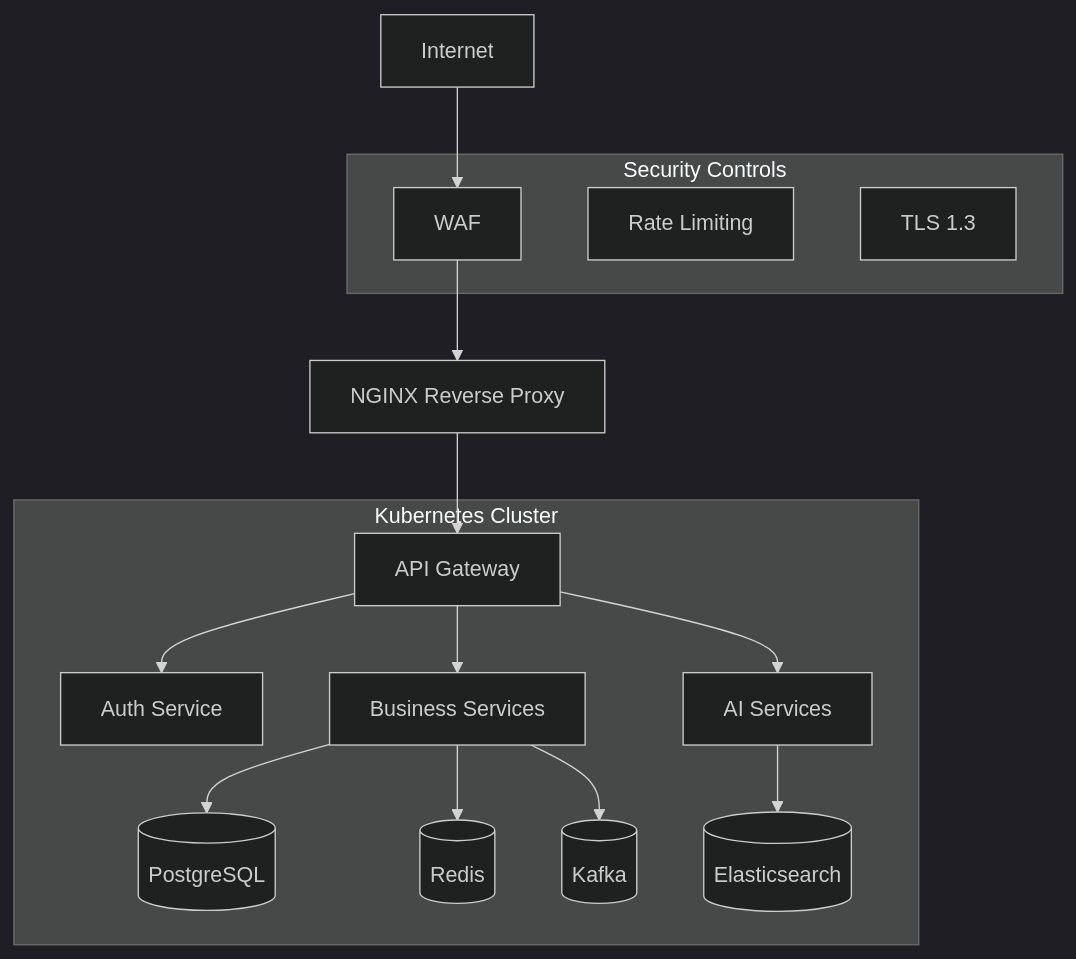
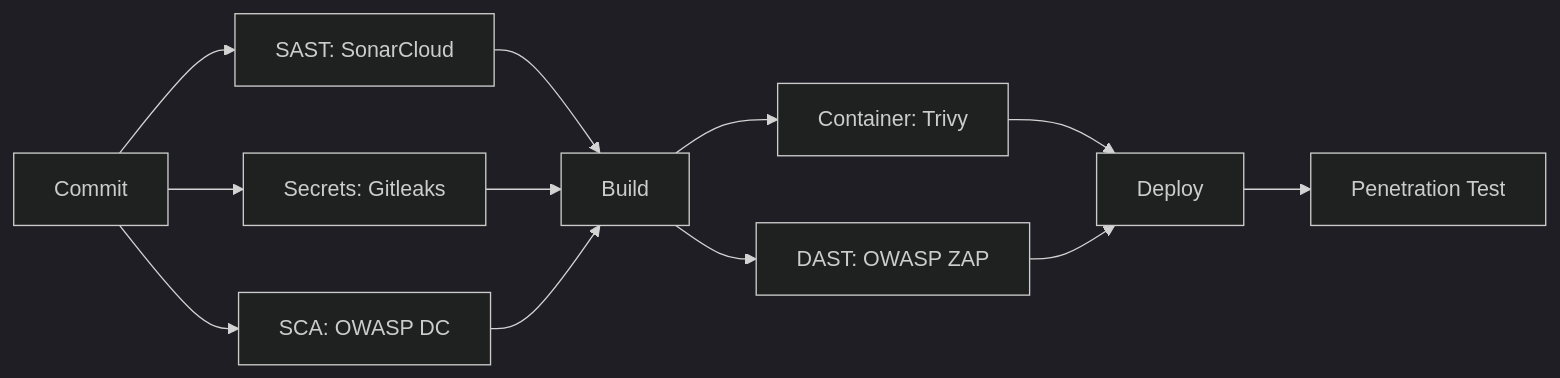
One commit to Bharath632004/Kartezy changed the diagram in docs/security-guide.md. Above: the diagram before and after it, drawn with Mermaid (dark theme). The commit also changed other lines of this file and 152 other files, not shown here.

````diff
--- a/docs/security-guide.md
+++ b/docs/security-guide.md
@@ -207,24 +187,14 @@
 ```mermaid
-graph TB
-    Internet[Internet] --> WAF[WAF/Cloudflare]
-    WAF --> Nginx[NGINX Reverse Proxy]
-    Nginx --> ApiGateway[API Gateway]
-    
-    subgraph "Kubernetes Cluster"
-        ApiGateway --> Auth[Auth Service]
-        ApiGateway --> Business[Business Services]
-        ApiGateway --> AI[AI Services]
-        
-        Business --> DB[(PostgreSQL)]
-        Business --> Cache[(Redis)]
-        Business --> Queue[(Kafka)]
-        
-        AI --> ES[(Elasticsearch)]
-    end
-    
-    subgraph "Security Controls"
-        RateLimit[Rate Limiting]
-        TLS[TLS 1.3]
-        WAF[WAF]
-    end
+graph LR
+    A[Commit] --> B[SAST: SonarCloud]
+    A --> C[Secrets: Gitleaks]
+    A --> D[SCA: OWASP DC]
+    B --> E[Build]
+    C --> E
+    D --> E
+    E --> F[Container: Trivy]
+    E --> G[DAST: OWASP ZAP]
+    F --> H[Deploy]
+    G --> H
+    H --> I[Penetration Test]
 ```
````
